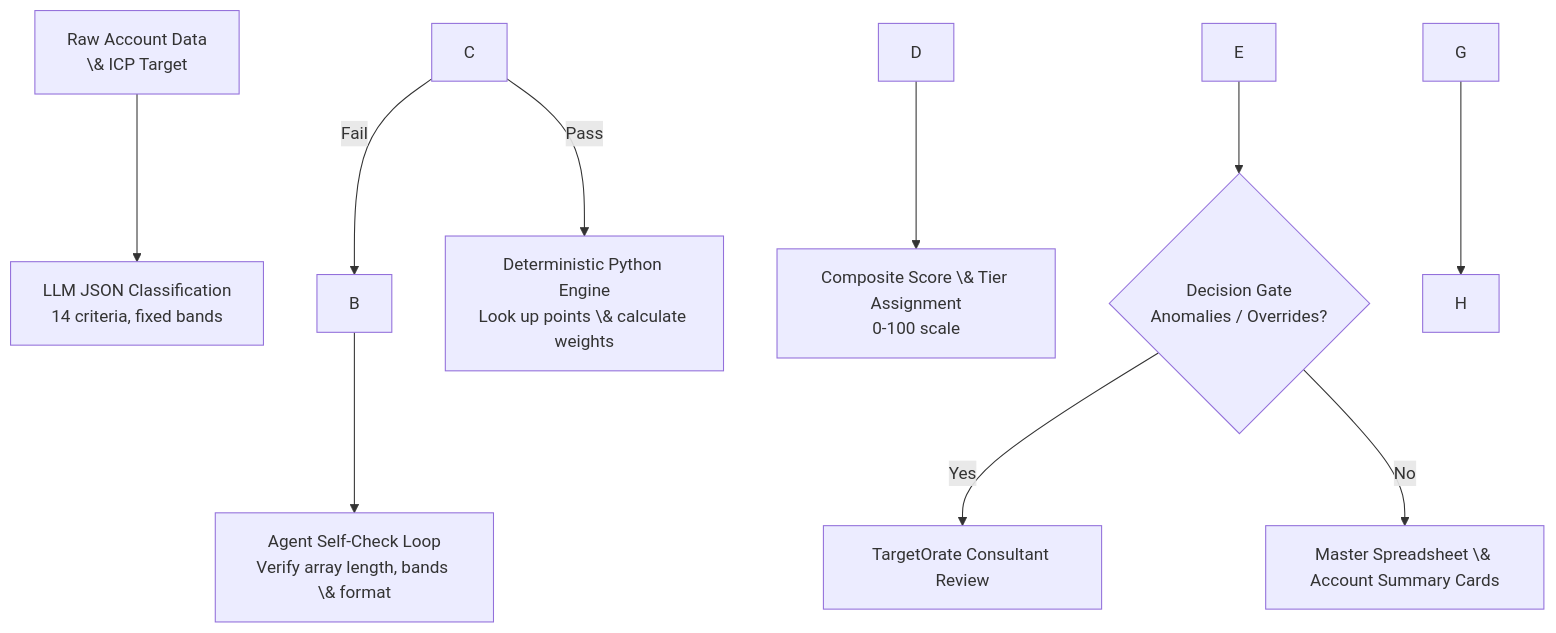
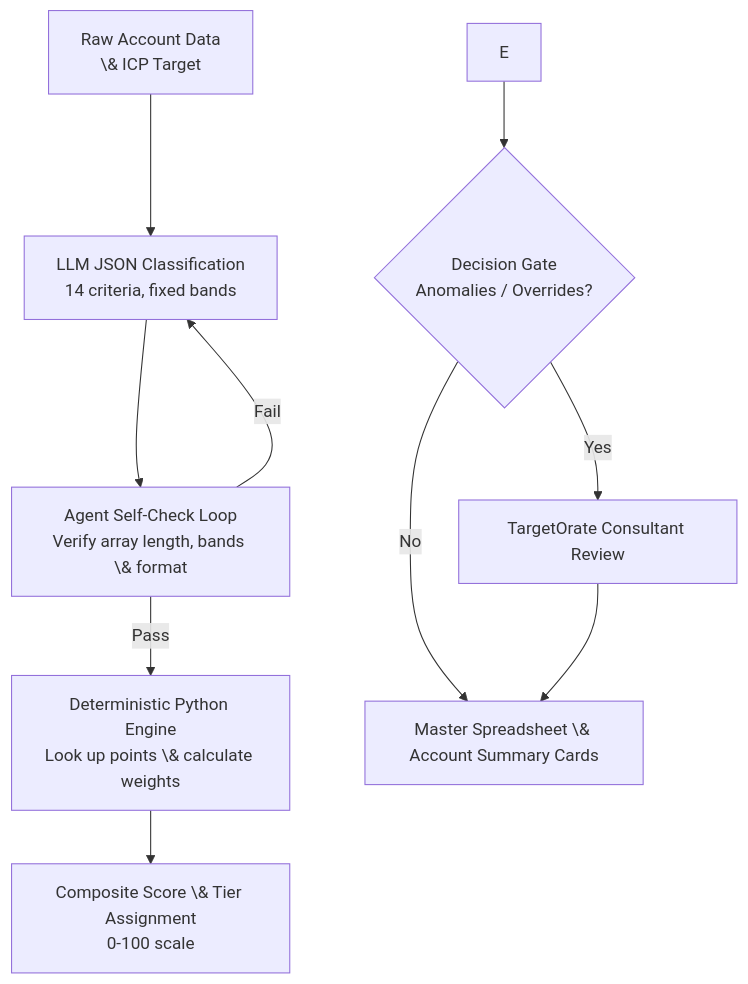
One commit to hinejj11-ops/Team-Gamma-TargetPath-ABM changed the diagram in docs/FIOR_Account_Scoring_Workflow_MVP.md. Above: the diagram before and after it, drawn with Mermaid.

````diff
--- a/docs/FIOR_Account_Scoring_Workflow_MVP.md
+++ b/docs/FIOR_Account_Scoring_Workflow_MVP.md
@@ -20,12 +20,12 @@
 ```mermaid
 flowchart TD
-    A\[Raw Account Data<br/>\& ICP Target] --> B\[LLM JSON Classification<br/>14 criteria, fixed bands]
-    B --> C\[Agent Self-Check Loop<br/>Verify array length, bands \& format]
-    C -->|Pass| D\[Deterministic Python Engine<br/>Look up points \& calculate weights]
+    A[Raw Account Data<br/>\& ICP Target] --> B[LLM JSON Classification<br/>14 criteria, fixed bands]
+    B --> C[Agent Self-Check Loop<br/>Verify array length, bands \& format]
+    C -->|Pass| D[Deterministic Python Engine<br/>Look up points \& calculate weights]
     C -->|Fail| B
     D --> E\[Composite Score \& Tier Assignment<br/>0-100 scale]
     E --> F{Decision Gate<br/>Anomalies / Overrides?}
-    F -->|Yes| G\[TargetOrate Consultant Review]
-    F -->|No| H\[Master Spreadsheet \& Account Summary Cards]
+    F -->|Yes| G[TargetOrate Consultant Review]
+    F -->|No| H[Master Spreadsheet \& Account Summary Cards]
     G --> H
 ```
````
